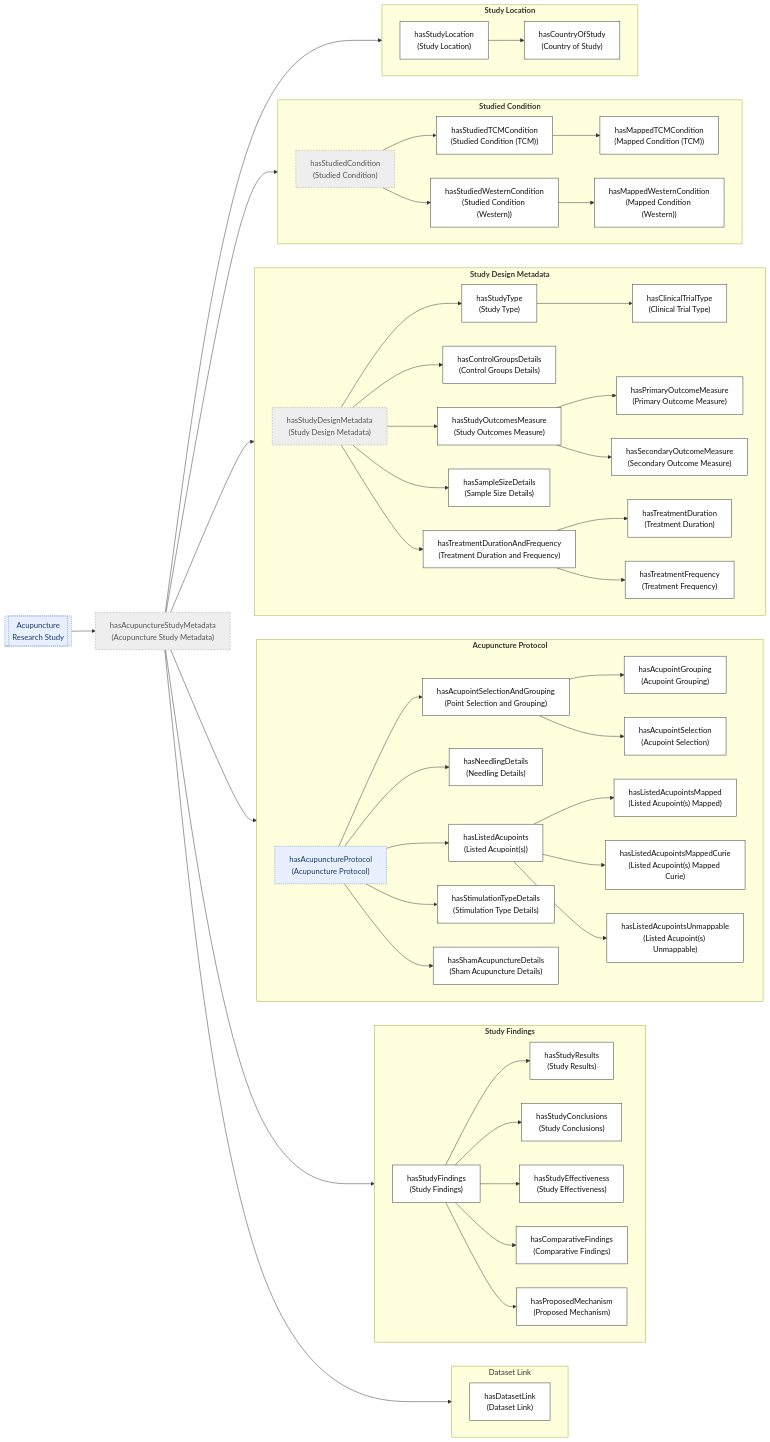
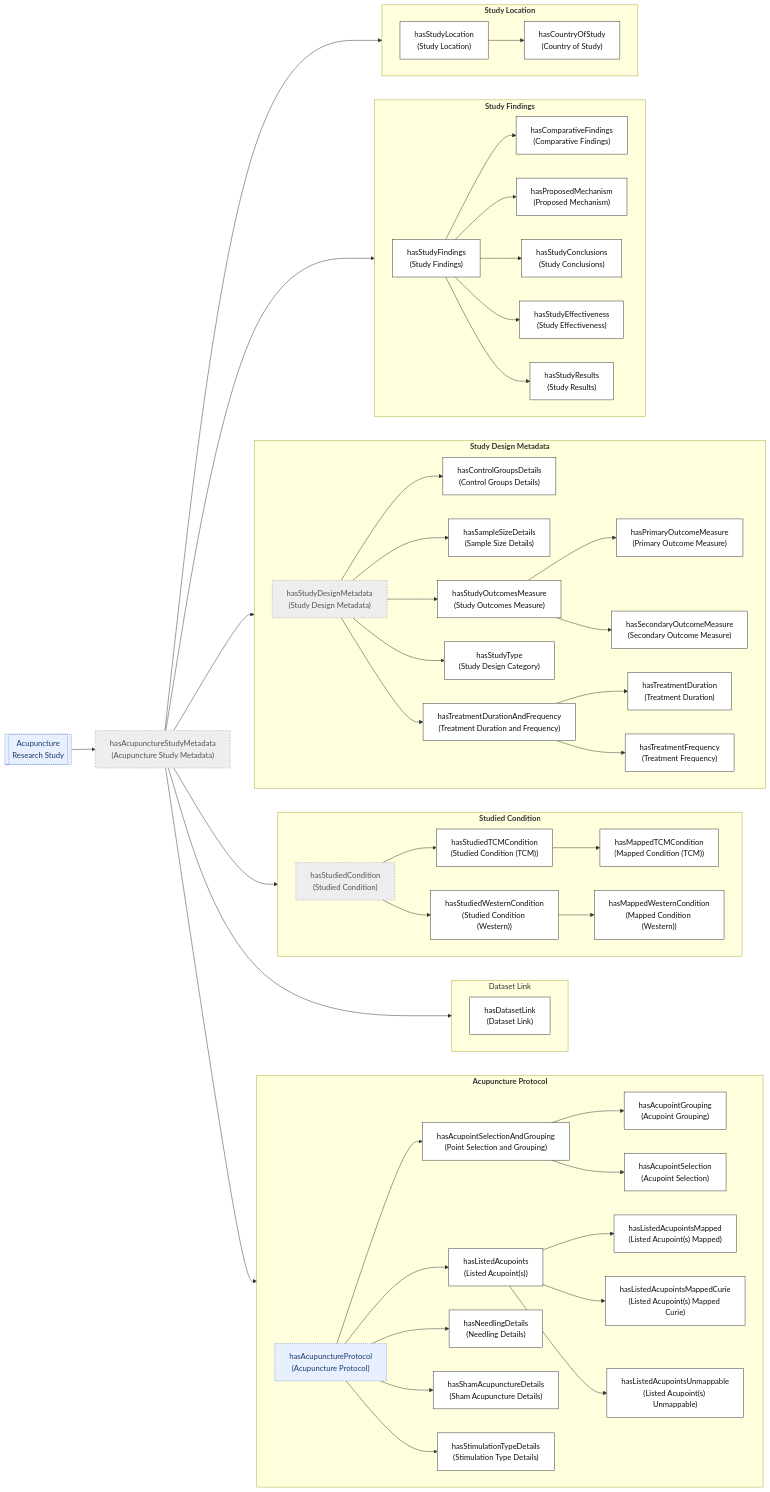
One commit to smtifahim/TARA-Ontology-Repository changed the fifth of 7 diagrams in ontology-files/base/articles-kb/articles-kb-core/README.md. Above: the diagram before and after it, drawn with Mermaid. The commit also changed other lines of this file and 4 other files, not shown here.

```diff
--- a/ontology-files/base/articles-kb/articles-kb-core/README.md
+++ b/ontology-files/base/articles-kb/articles-kb-core/README.md
@@ -192,40 +192,20 @@
     ROOT["hasAcupunctureStudyMetadata<br/>(Acupuncture Study Metadata)"]:::group
     STUDY --> ROOT
 
+    ROOT --> PROT
+    ROOT --> DLINK
+    ROOT --> SCOND
+    ROOT --> SDES
+    ROOT --> SFIND
     ROOT --> SLOC
-    ROOT --> SDES
-    ROOT --> SCOND
-    ROOT --> PROT
-    ROOT --> SFIND
-    ROOT --> DLINK
 
-    subgraph DLK ["Dataset Link"]
-        direction LR
-        DLINK["hasDatasetLink<br/>(Dataset Link)"]:::field
-    end
-
-    subgraph FINDINGS ["<b>Study Findings</b>"]
-        direction LR
-        SFIND["hasStudyFindings<br/>(Study Findings)"]:::field
-        COMP["hasComparativeFindings<br/>(Comparative Findings)"]:::field
-        MECH["hasProposedMechanism<br/>(Proposed Mechanism)"]:::field
-        CONCL["hasStudyConclusions<br/>(Study Conclusions)"]:::field
-        EFFECT["hasStudyEffectiveness<br/>(Study Effectiveness)"]:::field
-        RESULTS["hasStudyResults<br/>(Study Results)"]:::field
-
-        SFIND --> RESULTS
-        SFIND --> CONCL
-        SFIND --> EFFECT
-        SFIND --> COMP
-        SFIND --> MECH
-  
-    end
-  
-  
     subgraph PROTO ["<b>Acupuncture Protocol</b>"]
         direction LR
         PROT["hasAcupunctureProtocol<br/>(Acupuncture Protocol)"]:::linked
-  
+
+        ASELGROUP["hasAcupointSelectionAndGrouping<br/>(Point Selection and Grouping)"]:::field
+        GRP["hasAcupointGrouping<br/>(Acupoint Grouping)"]:::field
+        SEL["hasAcupointSelection<br/>(Acupoint Selection)"]:::field
         LIST["hasListedAcupoints<br/>(Listed Acupoint(s))"]:::field
         LMAP["hasListedAcupointsMapped<br/>(Listed Acupoint(s) Mapped)"]:::field
         LCURIE["hasListedAcupointsMappedCurie<br/>(Listed Acupoint(s) Mapped Curie)"]:::field
@@ -234,49 +214,21 @@
         SHAM["hasShamAcupunctureDetails<br/>(Sham Acupuncture Details)"]:::field
         STIM["hasStimulationTypeDetails<br/>(Stimulation Type Details)"]:::field
 
-        ASELGROUP["hasAcupointSelectionAndGrouping<br/>(Point Selection and Grouping)"]:::field
-        GRP["hasAcupointGrouping<br/>(Acupoint Grouping)"]:::field
-        SEL["hasAcupointSelection<br/>(Acupoint Selection)"]:::field
-  
-
         PROT --> ASELGROUP
         ASELGROUP --> GRP
         ASELGROUP --> SEL
-        PROT --> NEEDLE
         PROT --> LIST
         LIST --> LMAP
         LIST --> LCURIE
-        LIST --> LUNMAP  
+        LIST --> LUNMAP
+        PROT --> NEEDLE
+        PROT --> SHAM
         PROT --> STIM
-        PROT --> SHAM
+    end
 
-  
-    end
-  
-    subgraph DESIGN ["<b>Study Design Metadata</b>"]
+    subgraph DLK ["Dataset Link"]
         direction LR
-        SDES["hasStudyDesignMetadata<br/>(Study Design Metadata)"]:::group
-        CTRL["hasControlGroupsDetails<br/>(Control Groups Details)"]:::field
-        SAMP["hasSampleSizeDetails<br/>(Sample Size Details)"]:::field
-        OUT["hasStudyOutcomesMeasure<br/>(Study Outcomes Measure)"]:::field
-        POUT["hasPrimaryOutcomeMeasure<br/>(Primary Outcome Measure)"]:::field
-        SOUT["hasSecondaryOutcomeMeasure<br/>(Secondary Outcome Measure)"]:::field
-        STYPE["hasStudyType<br/>(Study Type)"]:::field
-        CTYPE["hasClinicalTrialType<br/>(Clinical Trial Type)"]:::field
-        TDF["hasTreatmentDurationAndFrequency<br/>(Treatment Duration and Frequency)"]:::field
-        TDUR["hasTreatmentDuration<br/>(Treatment Duration)"]:::field
-        TFREQ["hasTreatmentFrequency<br/>(Treatment Frequency)"]:::field
-
-        SDES --> STYPE --> CTYPE
-        SDES --> CTRL
-        SDES --> OUT
-        SDES --> SAMP
-  
-        OUT --> POUT
-        OUT --> SOUT
-        SDES --> TDF
-        TDF --> TDUR
-        TDF --> TFREQ
+        DLINK["hasDatasetLink<br/>(Dataset Link)"]:::field
     end
 
     subgraph COND ["<b>Studied Condition</b>"]
@@ -291,6 +243,46 @@
         SCOND --> WEST --> WESTMAP
     end
 
+    subgraph DESIGN ["<b>Study Design Metadata</b>"]
+        direction LR
+        SDES["hasStudyDesignMetadata<br/>(Study Design Metadata)"]:::group
+        CTRL["hasControlGroupsDetails<br/>(Control Groups Details)"]:::field
+        SAMP["hasSampleSizeDetails<br/>(Sample Size Details)"]:::field
+        OUT["hasStudyOutcomesMeasure<br/>(Study Outcomes Measure)"]:::field
+        POUT["hasPrimaryOutcomeMeasure<br/>(Primary Outcome Measure)"]:::field
+        SOUT["hasSecondaryOutcomeMeasure<br/>(Secondary Outcome Measure)"]:::field
+        STYPE["hasStudyType<br/>(Study Design Category)"]:::field
+        TDF["hasTreatmentDurationAndFrequency<br/>(Treatment Duration and Frequency)"]:::field
+        TDUR["hasTreatmentDuration<br/>(Treatment Duration)"]:::field
+        TFREQ["hasTreatmentFrequency<br/>(Treatment Frequency)"]:::field
+
+        SDES --> CTRL
+        SDES --> SAMP
+        SDES --> OUT
+        OUT --> POUT
+        OUT --> SOUT
+        SDES --> STYPE
+        SDES --> TDF
+        TDF --> TDUR
+        TDF --> TFREQ
+    end
+
+    subgraph FINDINGS ["<b>Study Findings</b>"]
+        direction LR
+        SFIND["hasStudyFindings<br/>(Study Findings)"]:::field
+        COMP["hasComparativeFindings<br/>(Comparative Findings)"]:::field
+        MECH["hasProposedMechanism<br/>(Proposed Mechanism)"]:::field
+        CONCL["hasStudyConclusions<br/>(Study Conclusions)"]:::field
+        EFFECT["hasStudyEffectiveness<br/>(Study Effectiveness)"]:::field
+        RESULTS["hasStudyResults<br/>(Study Results)"]:::field
+
+        SFIND --> COMP
+        SFIND --> MECH
+        SFIND --> CONCL
+        SFIND --> EFFECT
+        SFIND --> RESULTS
+    end
+
     subgraph LOC ["<b>Study Location</b>"]
         direction LR
         SLOC["hasStudyLocation<br/>(Study Location)"]:::field
```
